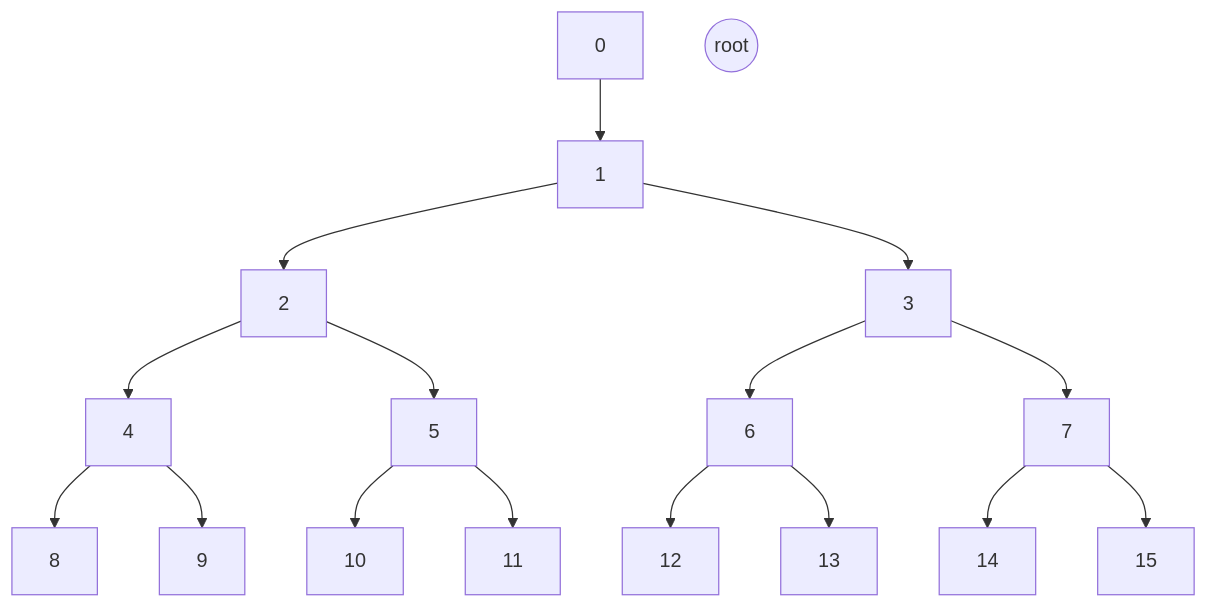
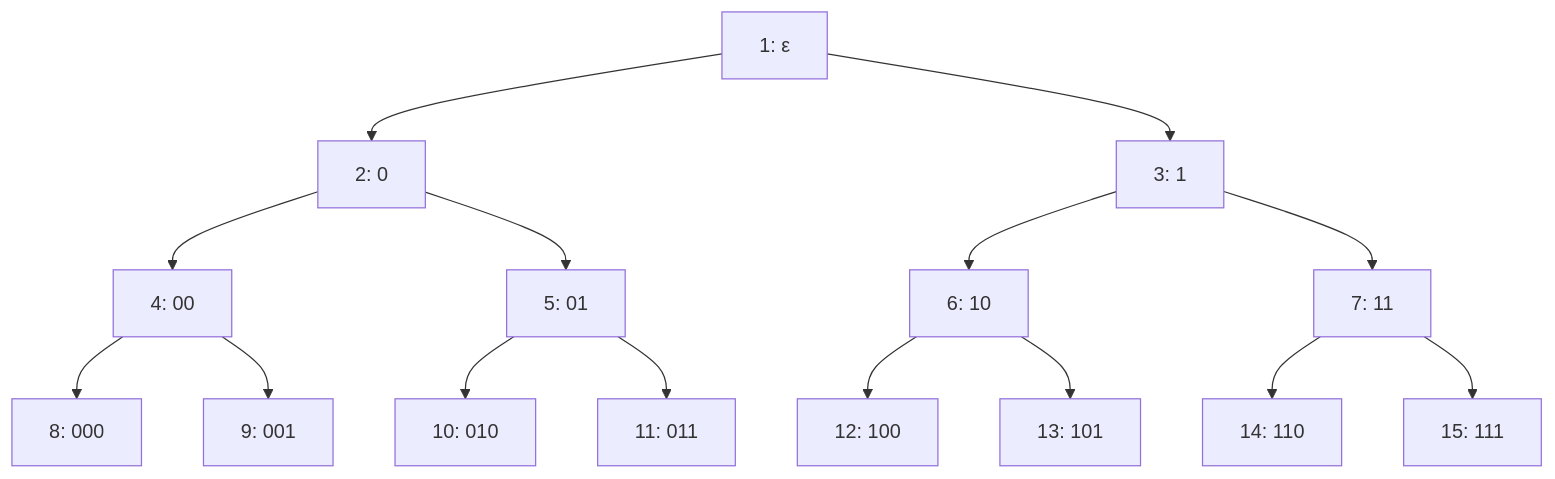
One commit to ethersphere/SWIPs changed the second of 4 diagrams in SWIPs/swip-39.md. Above: the diagram before and after it, drawn with Mermaid. The commit also changed other lines of this file, not shown here.

````diff
--- a/SWIPs/swip-39.md
+++ b/SWIPs/swip-39.md
@@ -370,19 +365,18 @@
 ```mermaid
 graph TD
-    R((root))
-    0 --> 1
-    1 --> 2
-    1 --> 3
-    2 --> 4
-    2 --> 5
-    3 --> 6
-    3 --> 7
-    4 --> 8
-    4 --> 9
-    5 --> 10
-    5 --> 11
-    6 --> 12
-    6 --> 13
-    7 --> 14
-    7 --> 15
+    1["1: ε"]
+    1 --> 2["2: 0"]
+    1 --> 3["3: 1"]
+    2 --> 4["4: 00"]
+    2 --> 5["5: 01"]
+    3 --> 6["6: 10"]
+    3 --> 7["7: 11"]
+    4 --> 8["8: 000"]
+    4 --> 9["9: 001"]
+    5 --> 10["10: 010"]
+    5 --> 11["11: 011"]
+    6 --> 12["12: 100"]
+    6 --> 13["13: 101"]
+    7 --> 14["14: 110"]
+    7 --> 15["15: 111"]
 ```
````
